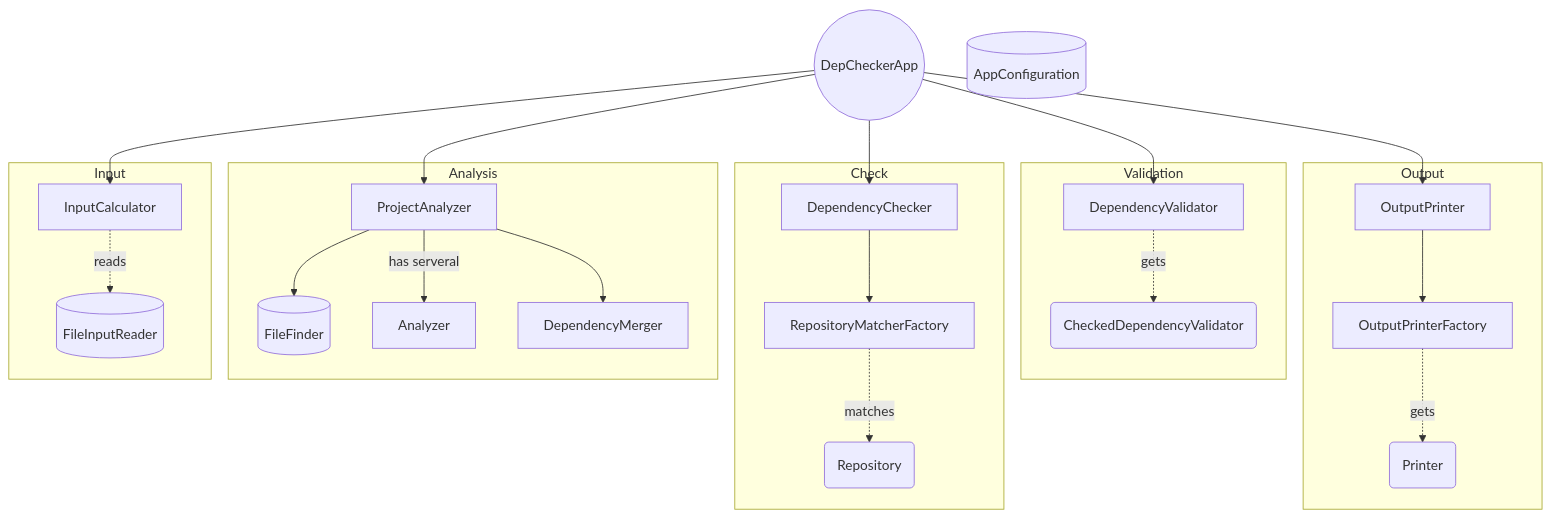
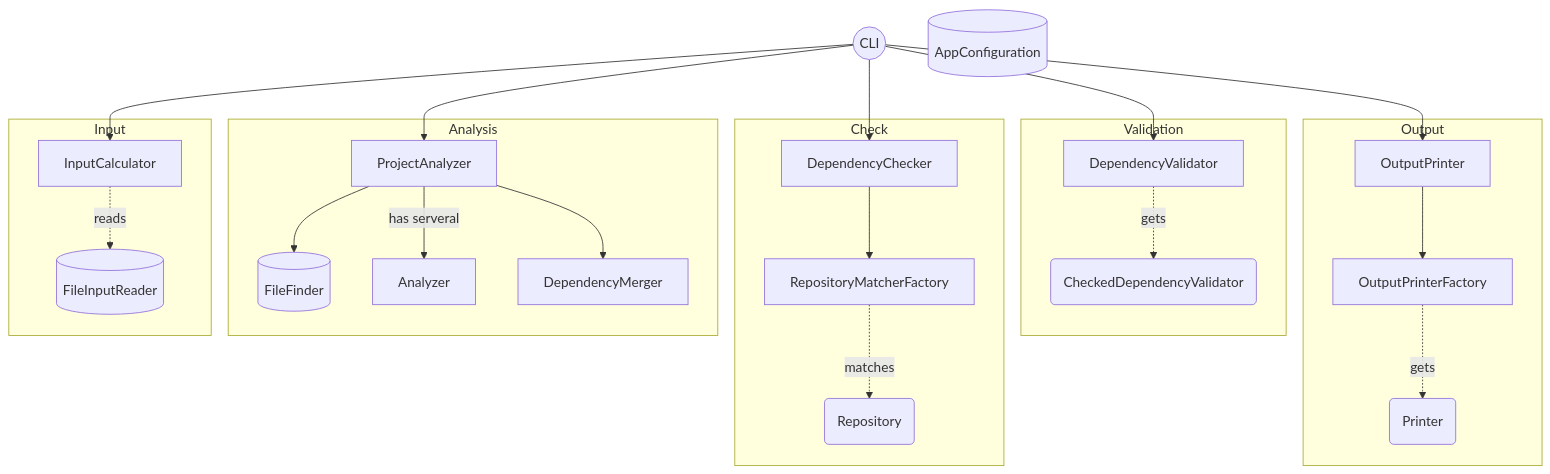
The diagram in doc/ARCHITECTURE.md (amegias/dep-checker), drawn with Mermaid before and after one commit. The commit also changed 10 other files, not shown here.

````diff
--- a/doc/ARCHITECTURE.md
+++ b/doc/ARCHITECTURE.md
@@ -5,33 +5,33 @@
 ```mermaid
         graph TD;
-                DepCheckerApp@{ shape: circle }-->InputCalculator;
+                CLI@{ shape: circle }-->InputCalculator;
                 subgraph 1 [Input]
                                 InputCalculator-.reads.->FileInputReader@{shape: cyl};
                 end
 
-                DepCheckerApp-->ProjectAnalyzer;
+                CLI-->ProjectAnalyzer;
                 subgraph 2 [Analysis]
                                 ProjectAnalyzer-->FileFinder@{shape: cyl};
                                 ProjectAnalyzer--has serveral-->Analyzer;
                                 ProjectAnalyzer-->DependencyMerger;
                 end
 
-                DepCheckerApp-->DependencyChecker;
+                CLI-->DependencyChecker;
                 subgraph 3 [Check]
                                 DependencyChecker-->RepositoryMatcherFactory;
                                 RepositoryMatcherFactory-.matches.->Repository@{shape: rounded };
                 end
 
-                DepCheckerApp-->OutputPrinter;
+                CLI-->OutputPrinter;
                 subgraph 4 [Output]
                                 OutputPrinter-->OutputPrinterFactory;
                                 OutputPrinterFactory-.gets.->Printer@{shape: rounded };
                 end
 
-                DepCheckerApp-->DependencyValidator;
+                CLI-->DependencyValidator;
                 subgraph 5 [Validation]
                                 DependencyValidator-.gets.->CheckedDependencyValidator@{shape: rounded };
                 end
 
                 AppConfiguration@{shape: cyl}
 ```
````
